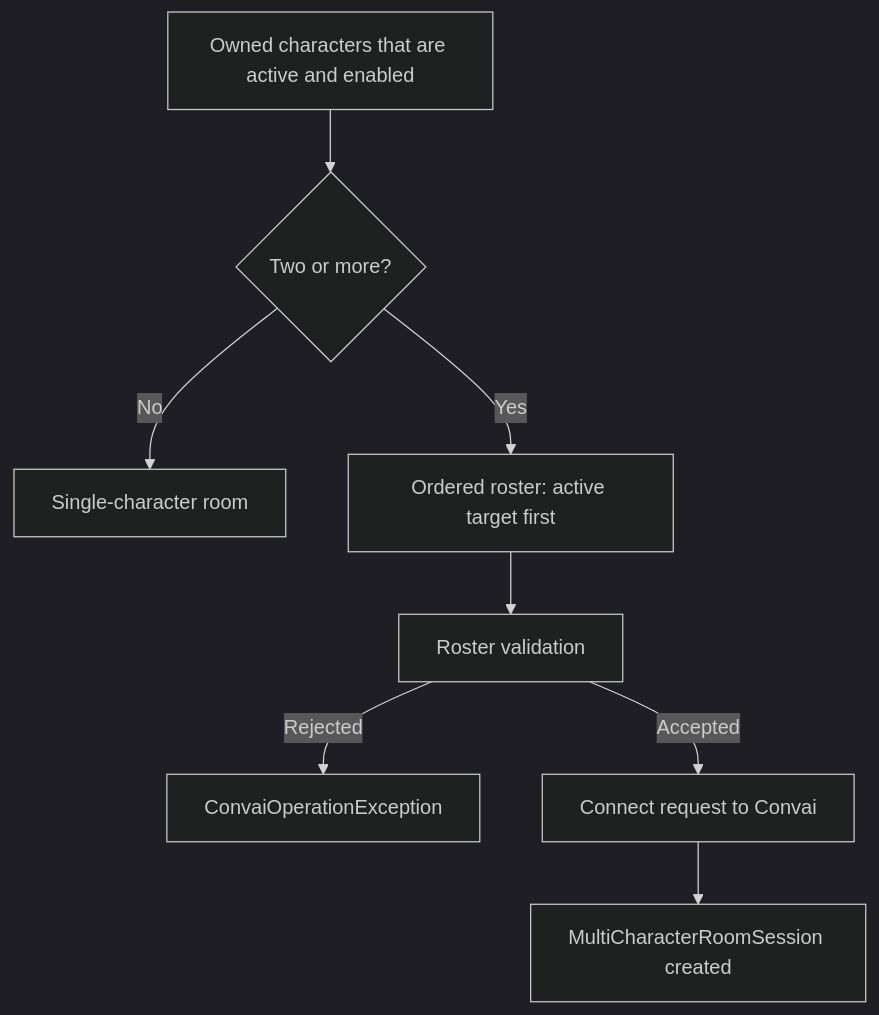
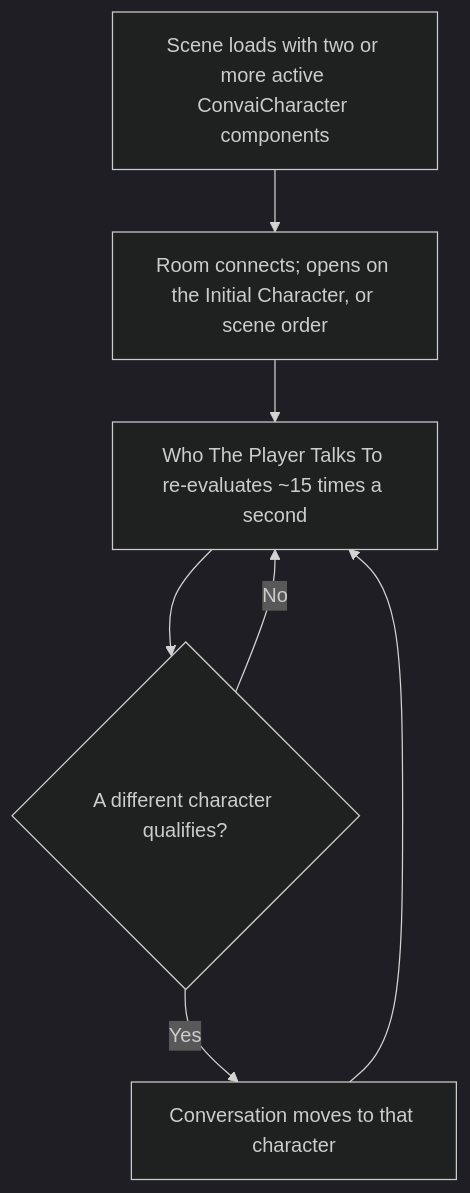
One commit to Conv-AI/Convai-Documentation changed the diagram in plugins-and-integrations/convai-unity-sdk/features/multi-character-sessions/how-multi-character-sessions-work.md. Above: the diagram before and after it, drawn with Mermaid (dark theme). The commit also changed other lines of this file and 119 other files, not shown here.

````diff
--- a/plugins-and-integrations/convai-unity-sdk/features/multi-character-sessions/how-multi-character-sessions-work.md
+++ b/plugins-and-integrations/convai-unity-sdk/features/multi-character-sessions/how-multi-character-sessions-work.md
@@ -57,10 +30,9 @@
 ```mermaid
 graph TD
-    A["Owned characters that are active and enabled"] --> B{"Two or more?"}
-    B -- "No" --> C["Single-character room"]
-    B -- "Yes" --> D["Ordered roster: active target first"]
-    D --> E["Roster validation"]
-    E -- "Rejected" --> F["ConvaiOperationException"]
-    E -- "Accepted" --> G["Connect request to Convai"]
-    G --> H["MultiCharacterRoomSession created"]
+    A["Scene loads with two or more active ConvaiCharacter components"] --> B["Room connects; opens on the Initial Character, or scene order"]
+    B --> C["Who The Player Talks To re-evaluates ~15 times a second"]
+    C --> D{"A different character qualifies?"}
+    D -- "No" --> C
+    D -- "Yes" --> E["Conversation moves to that character"]
+    E --> C
 ```
````
